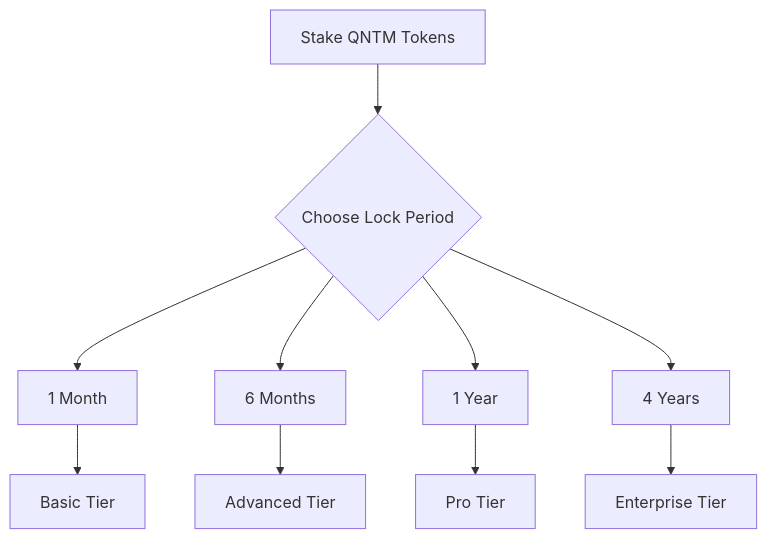
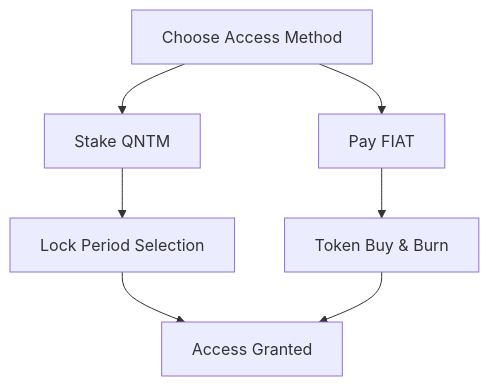
The second of 4 diagrams in Tokenomics.md (JermWang/QUANTANIUM), drawn with Mermaid before and after one commit. The commit also changed other lines of this file, not shown here.

````diff
--- a/Tokenomics.md
+++ b/Tokenomics.md
@@ -123,13 +125,9 @@
 ```mermaid
 graph TD
-    A[Stake QNTM Tokens] --> B{Choose Lock Period}
-    B --> C[1 Month]
-    B --> D[6 Months]
-    B --> E[1 Year]
-    B --> F[4 Years]
-    
-    C --> G[Basic Tier]
-    D --> H[Advanced Tier]
-    E --> I[Pro Tier]
-    F --> J[Enterprise Tier]
+    A[Choose Access Method] --> B[Stake QNTM]
+    A --> C[Pay FIAT]
+    B --> D[Lock Period Selection]
+    C --> E[Token Buy & Burn]
+    D --> F[Access Granted]
+    E --> F
 ```
````
